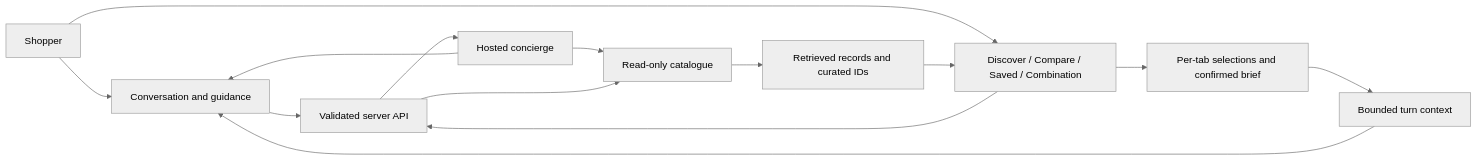
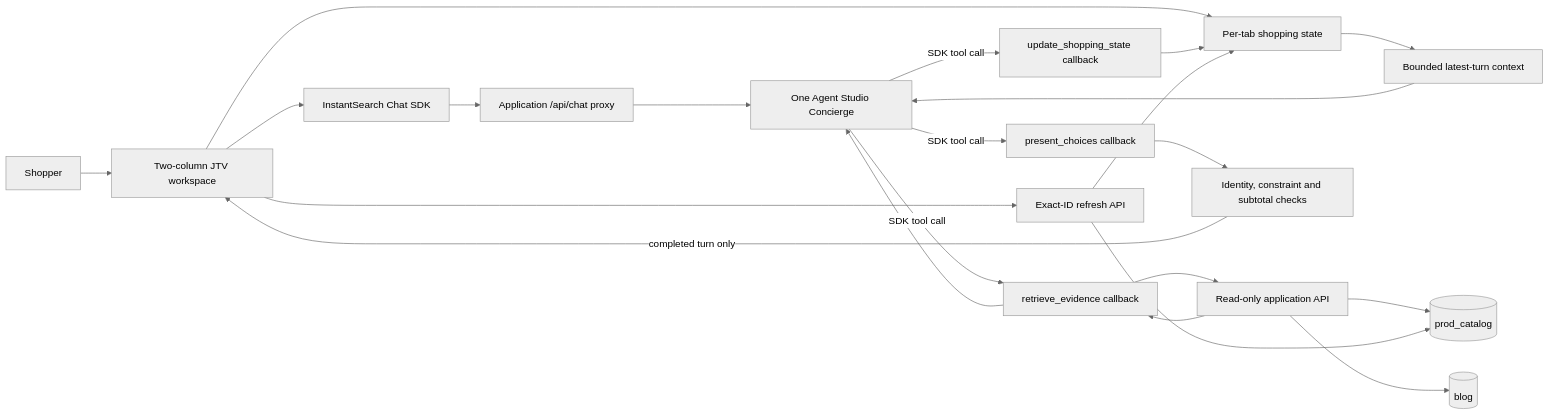
The diagram in storefront/docs/architecture.mmd (ArijitChowdhury-Algolia/jewellerytv), drawn with Mermaid (neutral theme) before and after one commit. The commit also changed 33 other files, not shown here.

```diff
--- a/storefront/docs/architecture.mmd
+++ b/storefront/docs/architecture.mmd
@@ -1,14 +1,22 @@
 flowchart LR
-  User[Shopper] --> Chat[Conversation and guidance]
-  User --> Workspace[Discover / Compare / Saved / Combination]
-  Workspace --> Session[Per-tab selections and confirmed brief]
-  Session --> Context[Bounded turn context]
-  Context --> Chat
-  Chat --> API[Validated server API]
-  API --> Agent[Hosted concierge]
-  Agent --> Catalogue[Read-only catalogue]
-  Catalogue --> Curated[Retrieved records and curated IDs]
-  Curated --> Workspace
-  Agent --> Chat
-  Workspace --> API
-  API --> Catalogue
+  Shopper[Shopper] --> UI[Two-column JTV workspace]
+  UI --> SDK[InstantSearch Chat SDK]
+  SDK --> ChatAPI[Application /api/chat proxy]
+  ChatAPI --> Agent[One Agent Studio Concierge]
+  UI --> State[Per-tab shopping state]
+  State --> Context[Bounded latest-turn context]
+  Context --> Agent
+  Agent -->|SDK tool call| Update[update_shopping_state callback]
+  Update --> State
+  Agent -->|SDK tool call| Retrieve[retrieve_evidence callback]
+  Retrieve --> API[Read-only application API]
+  API --> Product[(prod_catalog)]
+  API --> Blog[(blog)]
+  API --> Retrieve
+  Retrieve --> Agent
+  Agent -->|SDK tool call| Present[present_choices callback]
+  Present --> Assess[Identity, constraint and subtotal checks]
+  Assess -->|completed turn only| UI
+  UI --> Refresh[Exact-ID refresh API]
+  Refresh --> Product
+  Refresh --> State
```
